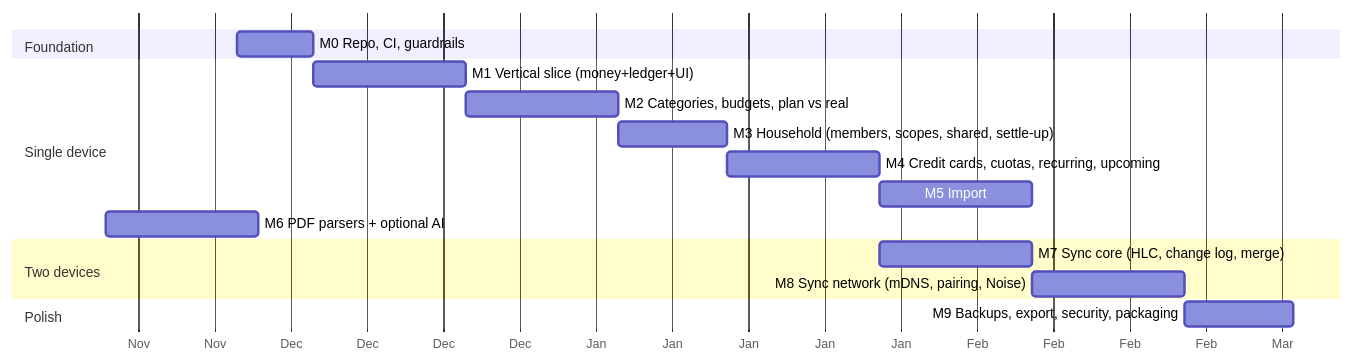
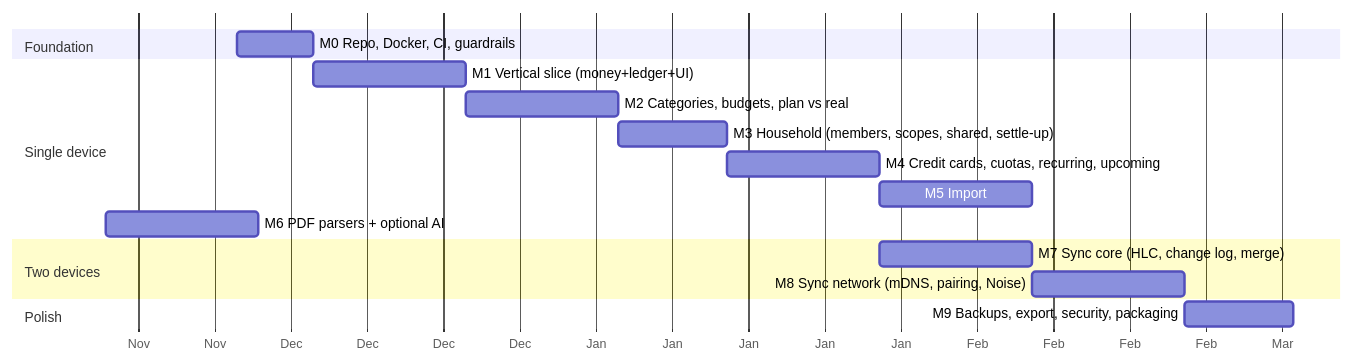
Before and after one commit to izentenosmith/mr-krabs: the diagram in docs/07-roadmap.md, drawn with Mermaid. The commit also changed other lines of this file and 81 other files, not shown here.

````diff
--- a/docs/07-roadmap.md
+++ b/docs/07-roadmap.md
@@ -5,19 +5,19 @@
 ```mermaid
 gantt
     dateFormat  YYYY-MM-DD
     axisFormat  %b
     section Foundation
-    M0 Repo, CI, guardrails          :m0, 2026-12-01, 7d
+    M0 Repo, Docker, CI, guardrails  :m0, 2026-12-01, 7d
     section Single device
     M1 Vertical slice (money+ledger+UI) :m1, after m0, 14d
     M2 Categories, budgets, plan vs real :m2, after m1, 14d
     M3 Household (members, scopes, shared, settle-up) :m3, after m2, 10d
     M4 Credit cards, cuotas, recurring, upcoming :m4, after m3, 14d
     M5 Import: CSV/XLSX + staging + dedup :m5, after m4, 14d
     M6 PDF parsers + optional AI     :m6, after m5, 14d
     section Two devices
     M7 Sync core (HLC, change log, merge) :m7, after m4, 14d
     M8 Sync network (mDNS, pairing, Noise) :m8, after m7, 14d
     section Polish
     M9 Backups, export, security, packaging :m9, after m8, 10d
 ```
````
